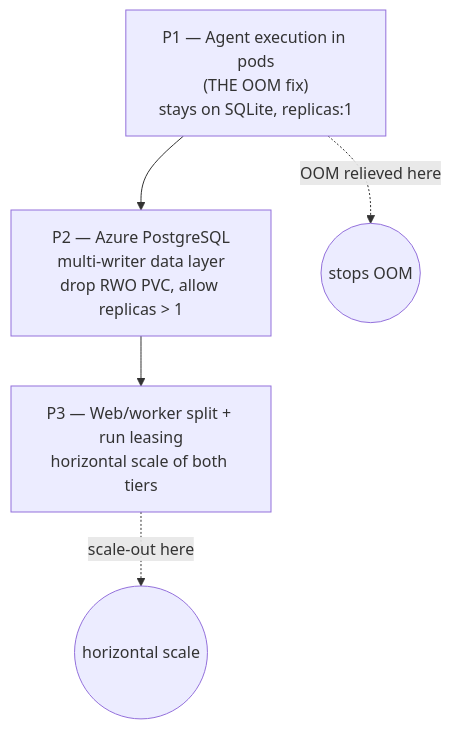
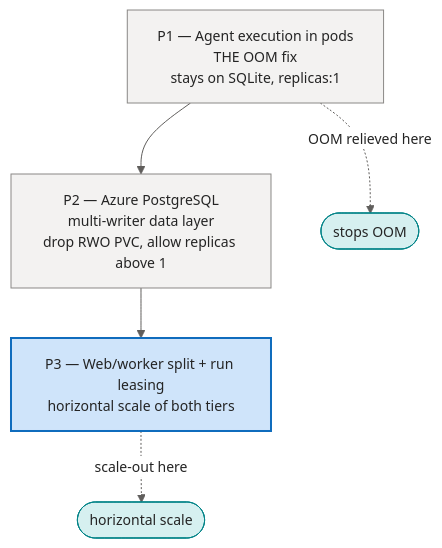
Before and after one commit to sabbour/agentweaver: the second of 5 diagrams in docs/deep-dive/distributed-execution-scaling.md, drawn with Mermaid. The commit also changed other lines of this file and 13 other files, not shown here.

````diff
--- a/docs/deep-dive/distributed-execution-scaling.md
+++ b/docs/deep-dive/distributed-execution-scaling.md
@@ -52,9 +69,23 @@
 ```mermaid
+%%{init: {'theme':'base','themeVariables':{'fontFamily':'Segoe UI, system-ui, -apple-system, sans-serif','fontSize':'14px','primaryColor':'#E8EEF9','primaryBorderColor':'#0F6CBD','primaryTextColor':'#242424','lineColor':'#605E5C','clusterBkg':'#FAF9F8','clusterBorder':'#D2D0CE','edgeLabelBackground':'#FFFFFF'}}}%%
 flowchart TD
-    P1["P1 — Agent execution in pods<br/>(THE OOM fix)<br/>stays on SQLite, replicas:1"]
-    P2["P2 — Azure PostgreSQL<br/>multi-writer data layer<br/>drop RWO PVC, allow replicas > 1"]
+    P1["P1 — Agent execution in pods<br/>THE OOM fix<br/>stays on SQLite, replicas:1"]
+    P2["P2 — Azure PostgreSQL<br/>multi-writer data layer<br/>drop RWO PVC, allow replicas above 1"]
     P3["P3 — Web/worker split + run leasing<br/>horizontal scale of both tiers"]
     P1 --> P2 --> P3
-    P1 -. "OOM relieved here" .-> Done1((stops OOM))
-    P3 -. "scale-out here" .-> Done2((horizontal scale))
+    P1 -. "OOM relieved here" .-> Done1(["stops OOM"])
+    P3 -. "scale-out here" .-> Done2(["horizontal scale"])
+
+    classDef client fill:#E8EEF9,stroke:#0F6CBD,stroke-width:1px,color:#242424;
+    classDef svc fill:#F3F2F1,stroke:#8A8886,stroke-width:1px,color:#242424;
+    classDef core fill:#CFE4FA,stroke:#0F6CBD,stroke-width:2px,color:#242424;
+    classDef data fill:#FFF4CE,stroke:#C19C00,stroke-width:1px,color:#242424;
+    classDef ext fill:#F0E8F8,stroke:#8764B8,stroke-width:1px,color:#242424;
+    classDef runtime fill:#DDF3DD,stroke:#107C10,stroke-width:1px,color:#242424;
+    classDef evt fill:#D6F0F0,stroke:#038387,stroke-width:1px,color:#242424;
+    class P1 svc;
+    class P2 svc;
+    class P3 core;
+    class Done1 evt;
+    class Done2 evt;
 ```
````
